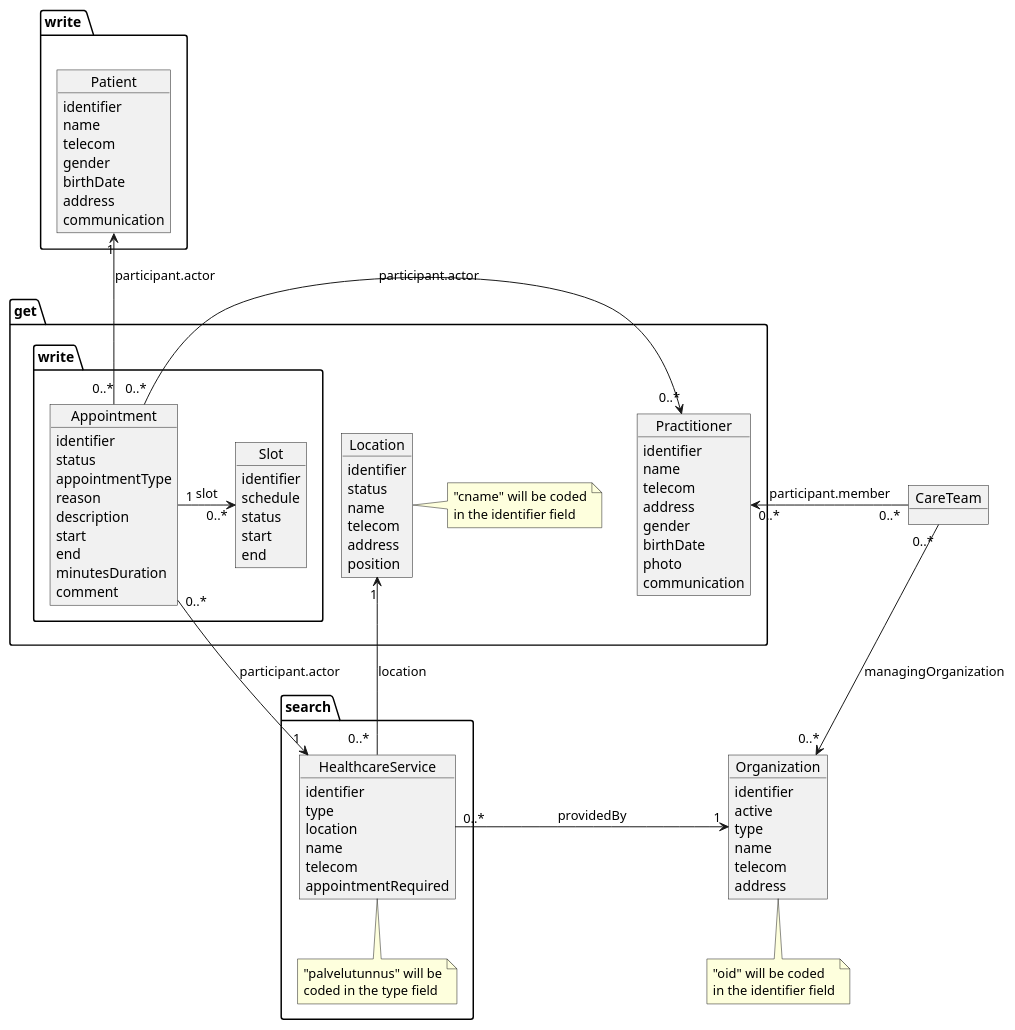
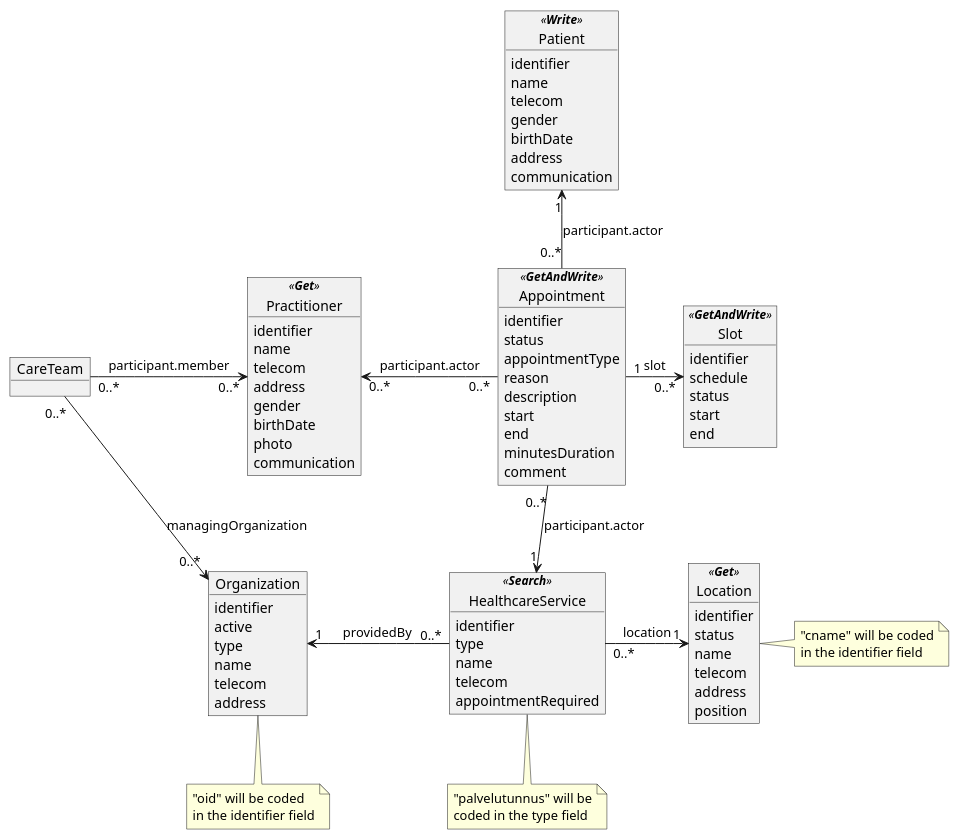
The diagram in ODA_ajanvaraus.plantuml (omahoito/rfc), drawn with PlantUML before and after one commit.

Commit message:
KT-558 refining UML diagram

```diff
--- a/ODA_ajanvaraus.plantuml
+++ b/ODA_ajanvaraus.plantuml
@@ -1,107 +1,96 @@
 @startuml
 
 hide methods
 
-package get {
-  package write {
-    object Appointment {
-      identifier
-      status
-      appointmentType
-      reason
-      ' added description field for a human readable description
-      description
-      start
-      end
-      minutesDuration
-      comment
-    }
+object Appointment <<**GetAndWrite**>> {
+  identifier
+  status
+  appointmentType
+  reason
+  ' added description field for a human readable description
+  description
+  start
+  end
+  minutesDuration
+  comment
+}
 
-    object Slot {
-      identifier
-      schedule
-      status
-      start
-      end
-    }
-  }
+object Slot <<**GetAndWrite**>> {
+  identifier
+  schedule
+  status
+  start
+  end
+}
 
-object Practitioner {
+object Practitioner <<**Get**>> {
   identifier
   name
   telecom
   address
   gender
   birthDate  
   photo
   communication
   ' role.organization (ODAOrganization) ... role does not exist in DSTU3 any nmore
   ' role.healthcareService (ODAHealthcareService) ... role does not exist in DSTU3 any nmore
 }
 
+object Location <<**Get**>> {
+  identifier
+  status
+  name
+  telecom
+  address
+  position
+}
+note right : "cname" will be coded\nin the identifier field
 
-  object Location {
-    identifier
-    status
-    name
-    telecom
-    address
-    position
-  }
-  note right : "cname" will be coded\nin the identifier field
-}
-
-package "write " {
-object Patient {
+object Patient <<**Write**>> {
   ' added some missing fields that are used in a patient resource
   identifier
   name
   telecom
   gender
   birthDate
   address
   communication
 }
 
+object HealthcareService <<**Search**>> {
+  identifier
+  type
+  name
+  telecom
+  ' characteristic -- dropped this field out at this stage; used eg. to indicate wheel chair access
+  appointmentRequired
 }
-
-package search {
-  object HealthcareService {
-    identifier
-    type
-    location 
-    name
-    telecom
-    ' characteristic -- dropped this field out at this stage; used eg. to indicate wheel chair access
-    appointmentRequired
-  }
-  note bottom : "palvelutunnus" will be\ncoded in the type field
-}
+note bottom : "palvelutunnus" will be\ncoded in the type field
 
 object Organization {
   ' added some missing fields that are used in a patient resource
   identifier
   active
   type
   name
   telecom
   address
 }
 note bottom : "oid" will be coded\nin the identifier field
 
 
 object CareTeam {
 }
 
 Appointment "0..*" -left-> "0..*" Practitioner :  participant.actor
 Appointment "0..*" -down-> "1" HealthcareService :  participant.actor
 Appointment "0..*" -up-> "1" Patient :  participant.actor
 Appointment "1" -right-> "0..*" Slot :  slot
 
-HealthcareService "0..*" -right-> "1" Organization : providedBy
+HealthcareService "0..*" -left-> "1" Organization : "providedBy "
 HealthcareService "0..*  " -right-> "1" Location : location
 
 CareTeam "0..*" -right-> "0..*" Practitioner : participant.member
 CareTeam "0..*" -down-> "0..*" Organization : managingOrganization
 
 @enduml
```
